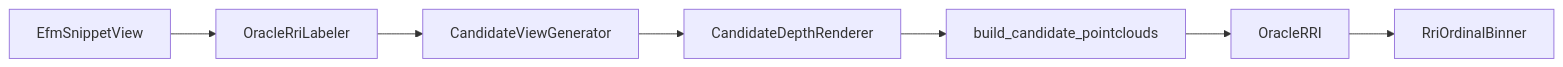
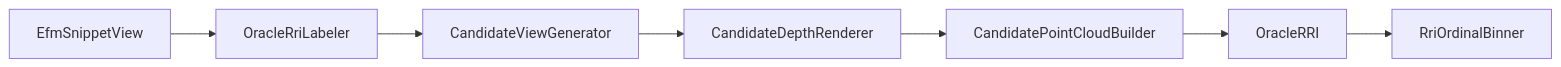
One commit to JanDuchscherer104/ARIA-NBV changed the diagram in docs/contents/impl/oracle_rri_impl.qmd. Above: the diagram before and after it, drawn with Mermaid. The commit also changed other lines of this file and 76 other files, not shown here.

````diff
--- a/docs/contents/impl/oracle_rri_impl.qmd
+++ b/docs/contents/impl/oracle_rri_impl.qmd
@@ -26,9 +28,9 @@
 ```{mermaid}
 flowchart LR
     A[EfmSnippetView] --> B[OracleRriLabeler]
     B --> C[CandidateViewGenerator]
     C --> D[CandidateDepthRenderer]
-    D --> E[build_candidate_pointclouds]
+    D --> E[CandidatePointCloudBuilder]
     E --> F[OracleRRI]
     F --> G[RriOrdinalBinner]
 ```
````
